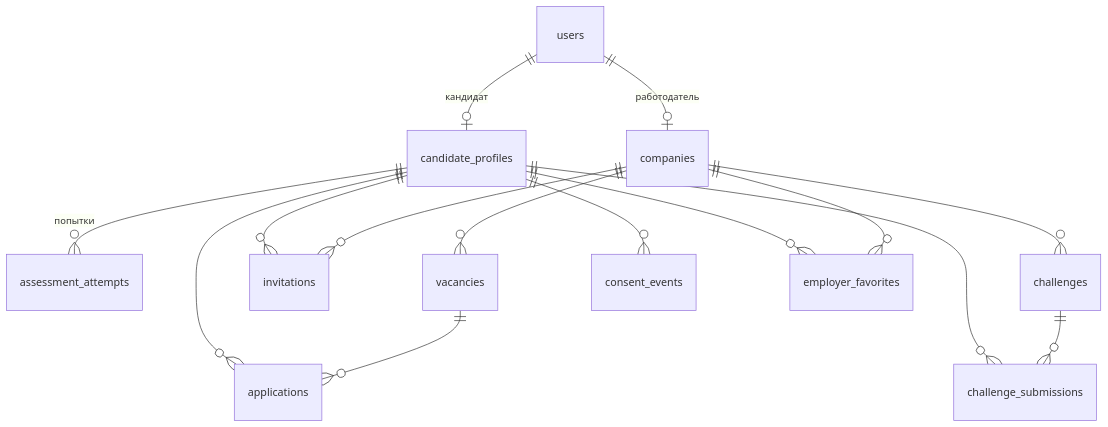
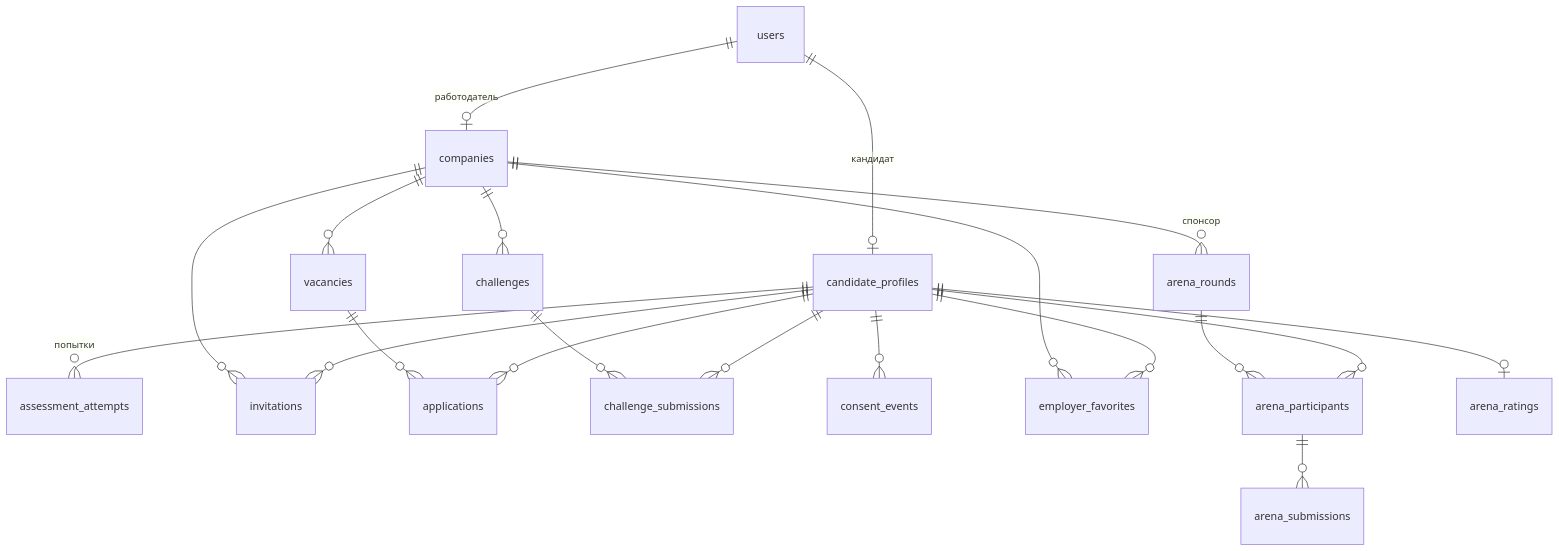
The third of 5 diagrams in docs/guide/04-arhitektura.md (Fighter90/hyrekit_fsp), drawn with Mermaid before and after one commit. The commit also changed other lines of this file and 60 other files, not shown here.

````diff
--- a/docs/guide/04-arhitektura.md
+++ b/docs/guide/04-arhitektura.md
@@ -70,17 +71,22 @@
 ```mermaid
 erDiagram
   users ||--o| candidate_profiles : "кандидат"
   users ||--o| companies : "работодатель"
   candidate_profiles ||--o{ assessment_attempts : "попытки"
   companies ||--o{ vacancies : ""
   companies ||--o{ invitations : ""
   candidate_profiles ||--o{ invitations : ""
   vacancies ||--o{ applications : ""
   candidate_profiles ||--o{ applications : ""
   companies ||--o{ challenges : ""
   challenges ||--o{ challenge_submissions : ""
   candidate_profiles ||--o{ challenge_submissions : ""
   candidate_profiles ||--o{ consent_events : ""
   companies ||--o{ employer_favorites : ""
   candidate_profiles ||--o{ employer_favorites : ""
+  arena_rounds ||--o{ arena_participants : ""
+  candidate_profiles ||--o{ arena_participants : ""
+  arena_participants ||--o{ arena_submissions : ""
+  candidate_profiles ||--o| arena_ratings : ""
+  companies ||--o{ arena_rounds : "спонсор"
 ```
````
